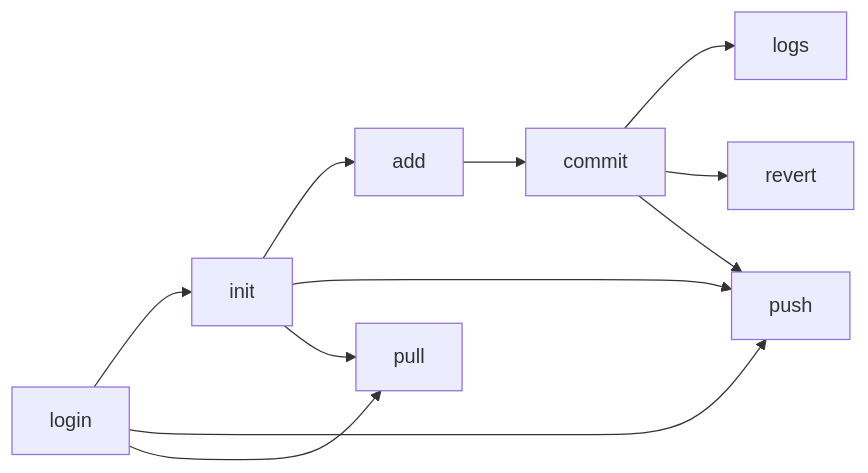
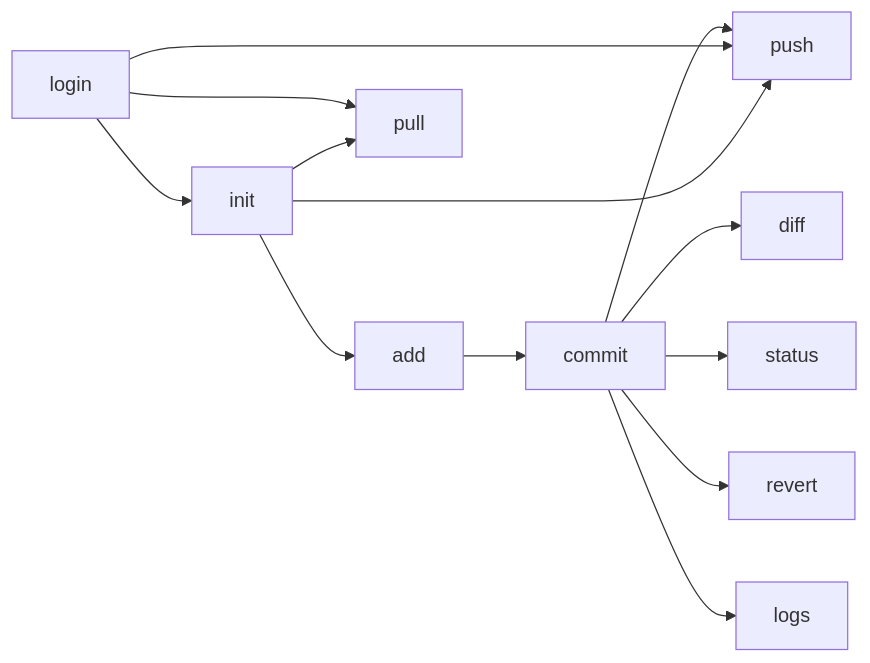
One commit to hars-hj/SnapKeep changed the second of 2 diagrams in README.md. Above: the diagram before and after it, drawn with Mermaid. The commit also changed other lines of this file and 10 other files, not shown here.

````diff
--- a/README.md
+++ b/README.md
@@ -271,13 +319,15 @@
 ```mermaid
 flowchart LR
     login --> init
     init --> add
     add --> commit
     commit --> logs
     commit --> revert
     commit --> push
+    commit --> status
+    commit --> diff
     login --> push
     login --> pull
     init --> push
     init --> pull
 ```
````
